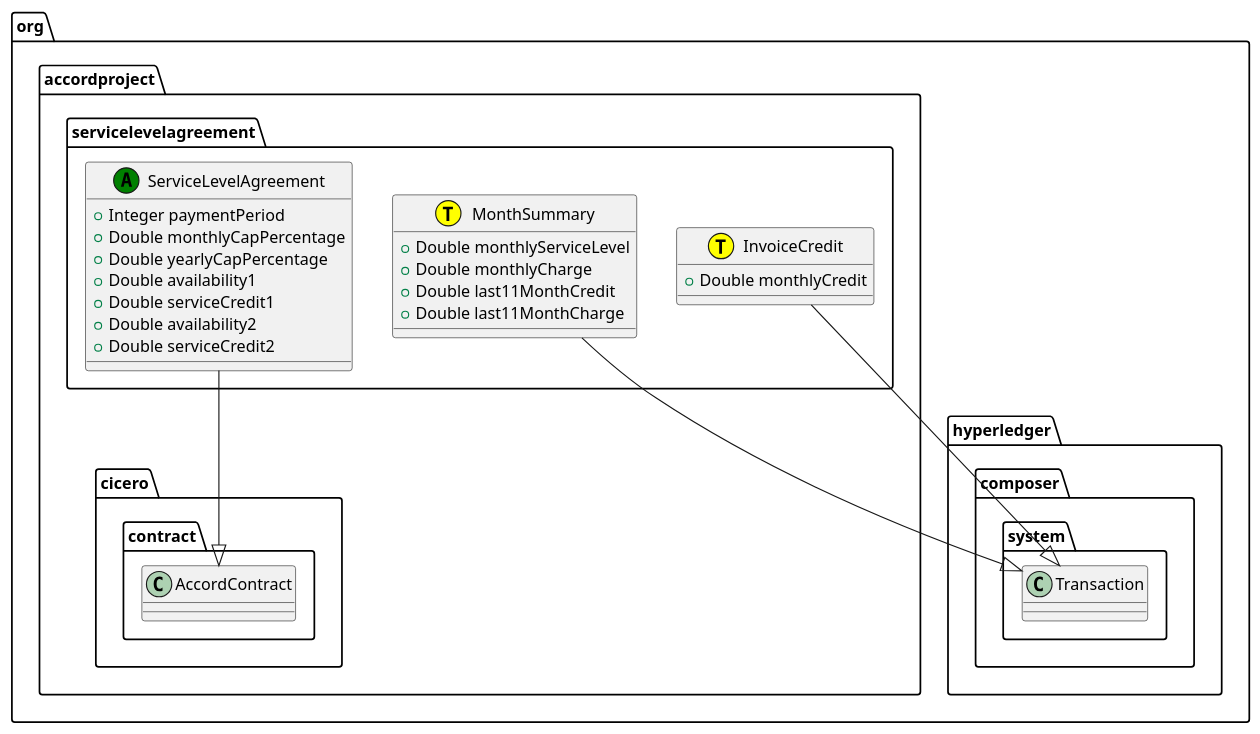
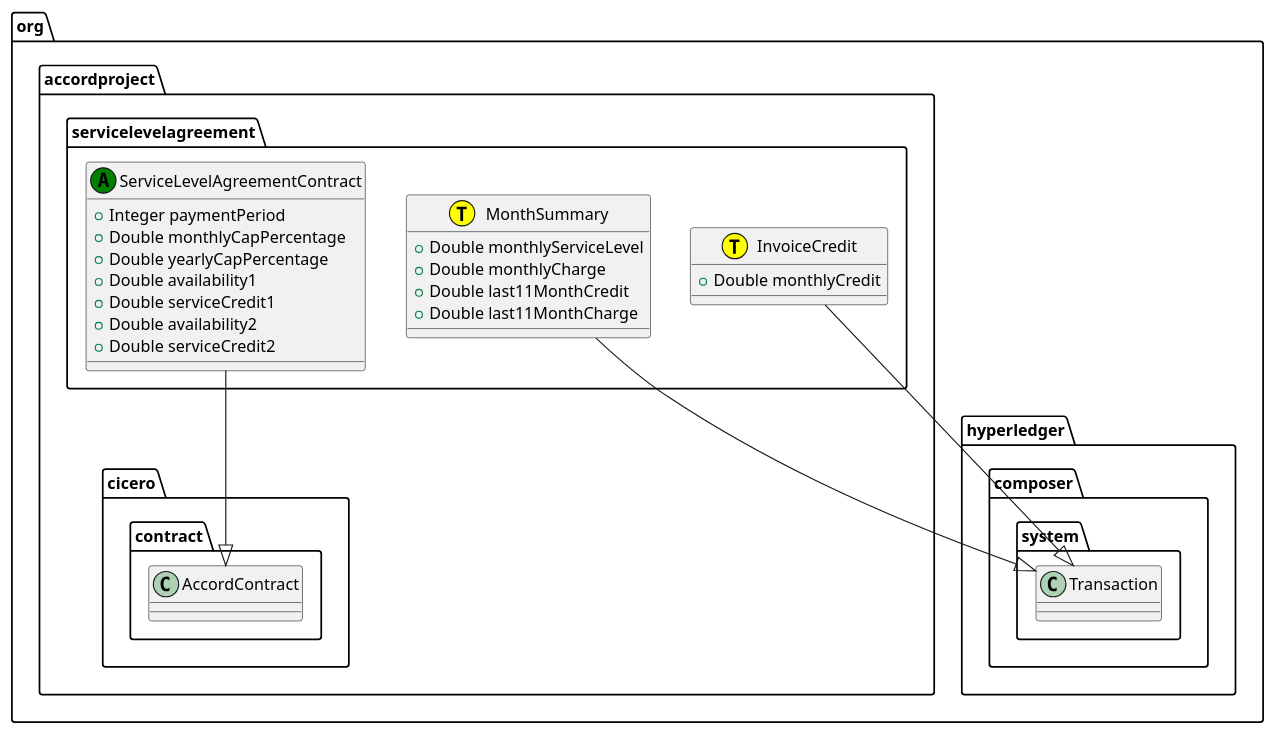
One commit to accordproject/cicero-template-library changed the diagram in build/servicelevelagreement@0.1.0.puml. Above: the diagram before and after it, drawn with PlantUML. The commit also changed 5 other files, not shown here.

Commit message:
(template) Add Ergo version for service level agreement

```diff
--- a/build/servicelevelagreement@0.1.0.puml
+++ b/build/servicelevelagreement@0.1.0.puml
@@ -1,23 +1,23 @@
 @startuml
-class org.accordproject.servicelevelagreement.ServiceLevelAgreement << (A,green) >> {
+class org.accordproject.servicelevelagreement.ServiceLevelAgreementContract << (A,green) >> {
    + Integer paymentPeriod
    + Double monthlyCapPercentage
    + Double yearlyCapPercentage
    + Double availability1
    + Double serviceCredit1
    + Double availability2
    + Double serviceCredit2
 }
-org.accordproject.servicelevelagreement.ServiceLevelAgreement --|> org.accordproject.cicero.contract.AccordContract
+org.accordproject.servicelevelagreement.ServiceLevelAgreementContract --|> org.accordproject.cicero.contract.AccordContract
 class org.accordproject.servicelevelagreement.MonthSummary << (T,yellow) >> {
    + Double monthlyServiceLevel
    + Double monthlyCharge
    + Double last11MonthCredit
    + Double last11MonthCharge
 }
 org.accordproject.servicelevelagreement.MonthSummary --|> org.hyperledger.composer.system.Transaction
 class org.accordproject.servicelevelagreement.InvoiceCredit << (T,yellow) >> {
    + Double monthlyCredit
 }
 org.accordproject.servicelevelagreement.InvoiceCredit --|> org.hyperledger.composer.system.Transaction
 @enduml
```
